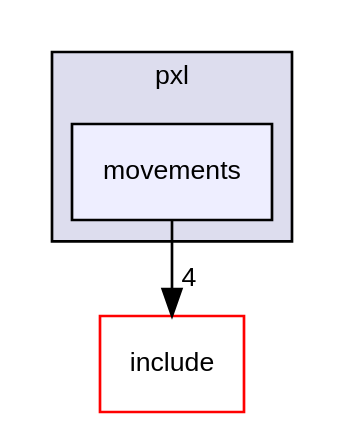
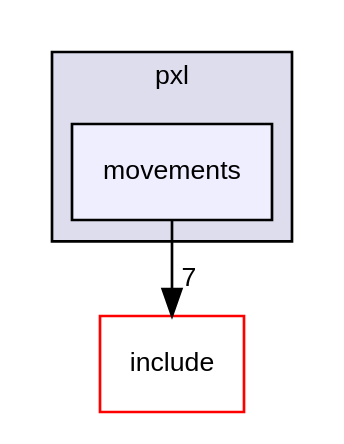
One commit to Pixel-Lib/Pixel changed the diagram in dir_da6b542a4b13fc055b1c444658d69961_dep.dot. Above: the diagram before and after it, drawn with Graphviz. The commit also changed 256 other files, not shown here.

```diff
--- a/dir_da6b542a4b13fc055b1c444658d69961_dep.dot
+++ b/dir_da6b542a4b13fc055b1c444658d69961_dep.dot
@@ -1,11 +1,11 @@
 digraph "src/pxl/movements" {
   compound=true
   node [ fontsize="10", fontname="Helvetica"];
   edge [ labelfontsize="10", labelfontname="Helvetica"];
   subgraph clusterdir_87a857eff530ad659c1a04633acb58d5 {
     graph [ bgcolor="#ddddee", pencolor="black", label="pxl" fontname="Helvetica", fontsize="10", URL="dir_87a857eff530ad659c1a04633acb58d5.html"]
   dir_da6b542a4b13fc055b1c444658d69961 [shape=box, label="movements", style="filled", fillcolor="#eeeeff", pencolor="black", URL="dir_da6b542a4b13fc055b1c444658d69961.html"];
   }
   dir_d44c64559bbebec7f509842c48db8b23 [shape=box label="include" fillcolor="white" style="filled" color="red" URL="dir_d44c64559bbebec7f509842c48db8b23.html"];
-  dir_da6b542a4b13fc055b1c444658d69961->dir_d44c64559bbebec7f509842c48db8b23 [headlabel="4", labeldistance=1.5 headhref="dir_000007_000000.html"];
+  dir_da6b542a4b13fc055b1c444658d69961->dir_d44c64559bbebec7f509842c48db8b23 [headlabel="7", labeldistance=1.5 headhref="dir_000007_000000.html"];
 }
```
